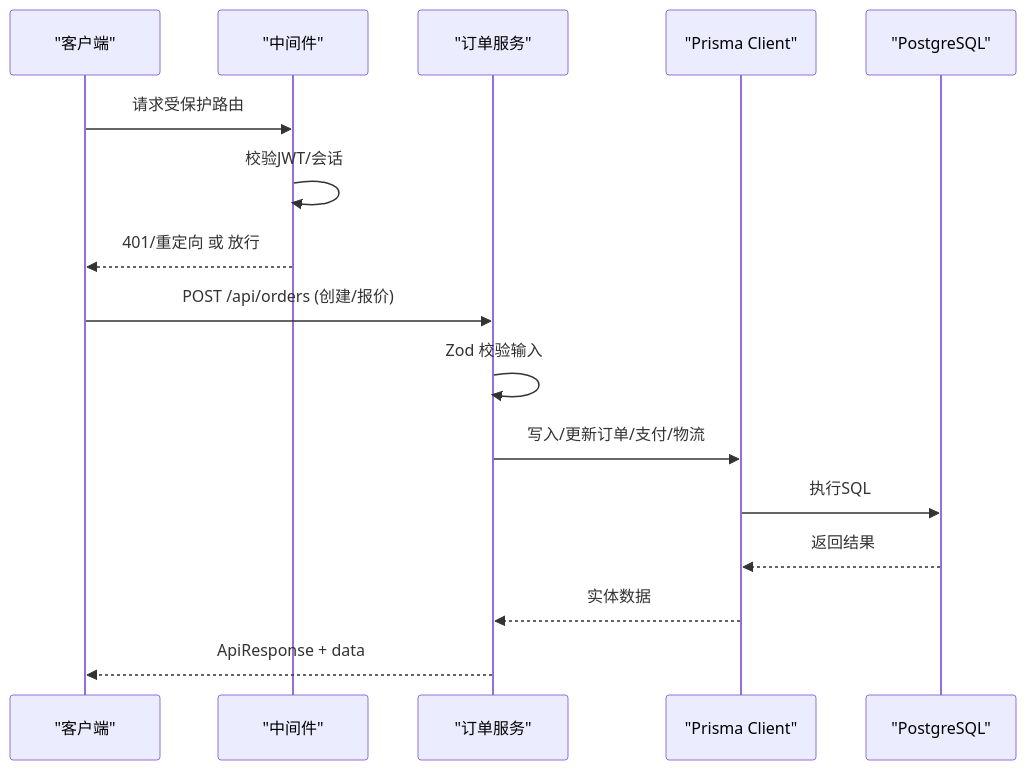
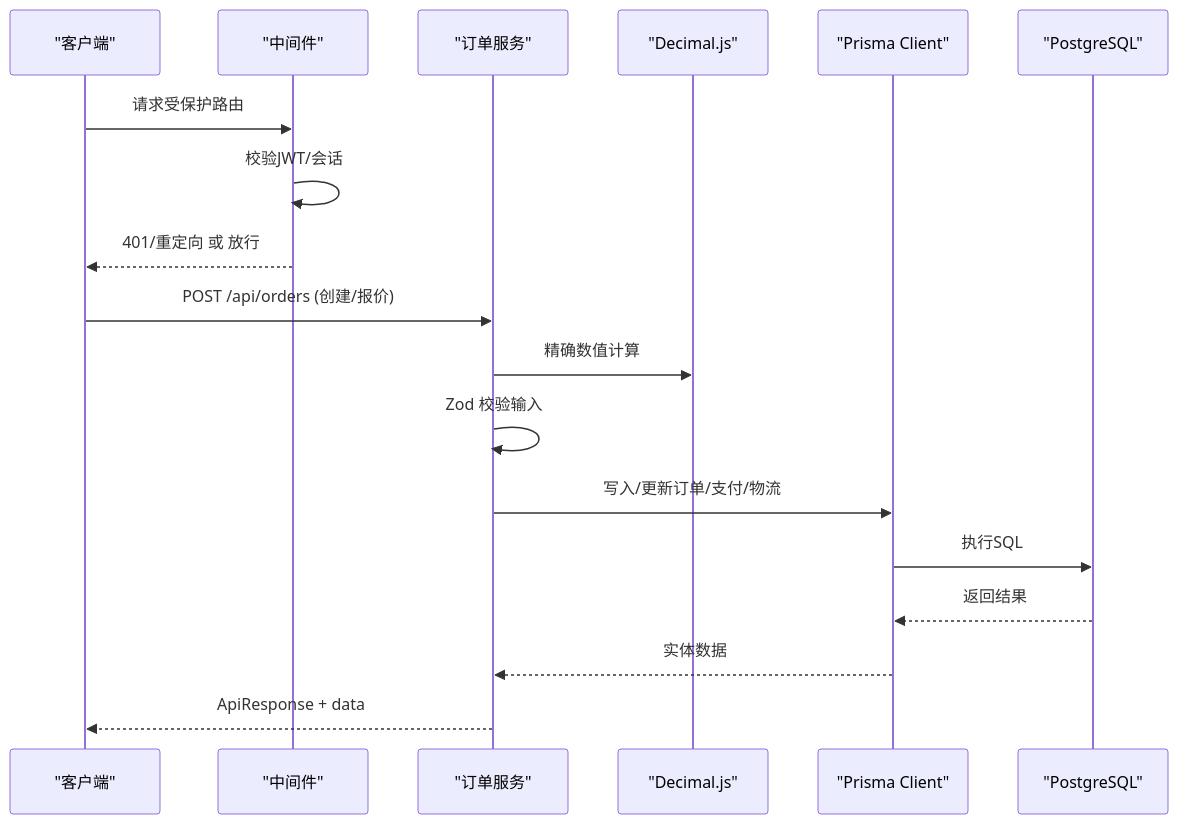
Before and after one commit to three3638-arch/celestia_2b: the second of 8 diagrams in .qoder/repowiki/zh/content/API接口文档/订单API.md, drawn with Mermaid. The commit also changed other lines of this file and 5 other files, not shown here.

````diff
--- a/.qoder/repowiki/zh/content/API接口文档/订单API.md
+++ b/.qoder/repowiki/zh/content/API接口文档/订单API.md
@@ -104,18 +122,20 @@
 ```mermaid
 sequenceDiagram
 participant Client as "客户端"
 participant MW as "中间件"
 participant API as "订单服务"
+participant DECIMAL as "Decimal.js"
 participant PRISMA as "Prisma Client"
 participant DB as "PostgreSQL"
 Client->>MW : 请求受保护路由
 MW->>MW : 校验JWT/会话
 MW-->>Client : 401/重定向 或 放行
 Client->>API : POST /api/orders (创建/报价)
+API->>DECIMAL : 精确数值计算
 API->>API : Zod 校验输入
 API->>PRISMA : 写入/更新订单/支付/物流
 PRISMA->>DB : 执行SQL
 DB-->>PRISMA : 返回结果
 PRISMA-->>API : 实体数据
 API-->>Client : ApiResponse + data
 ```
````
